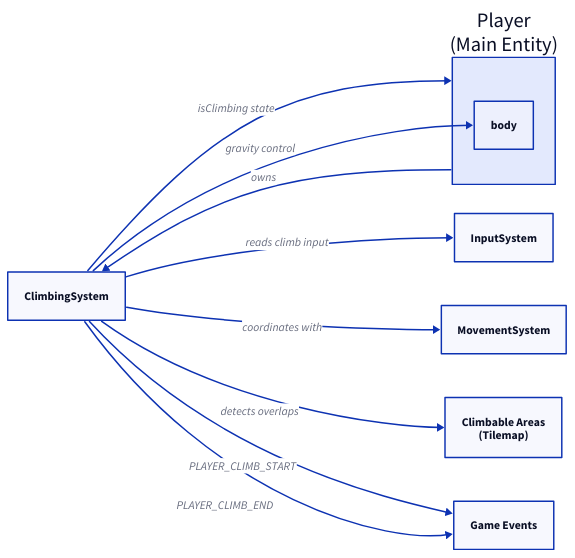
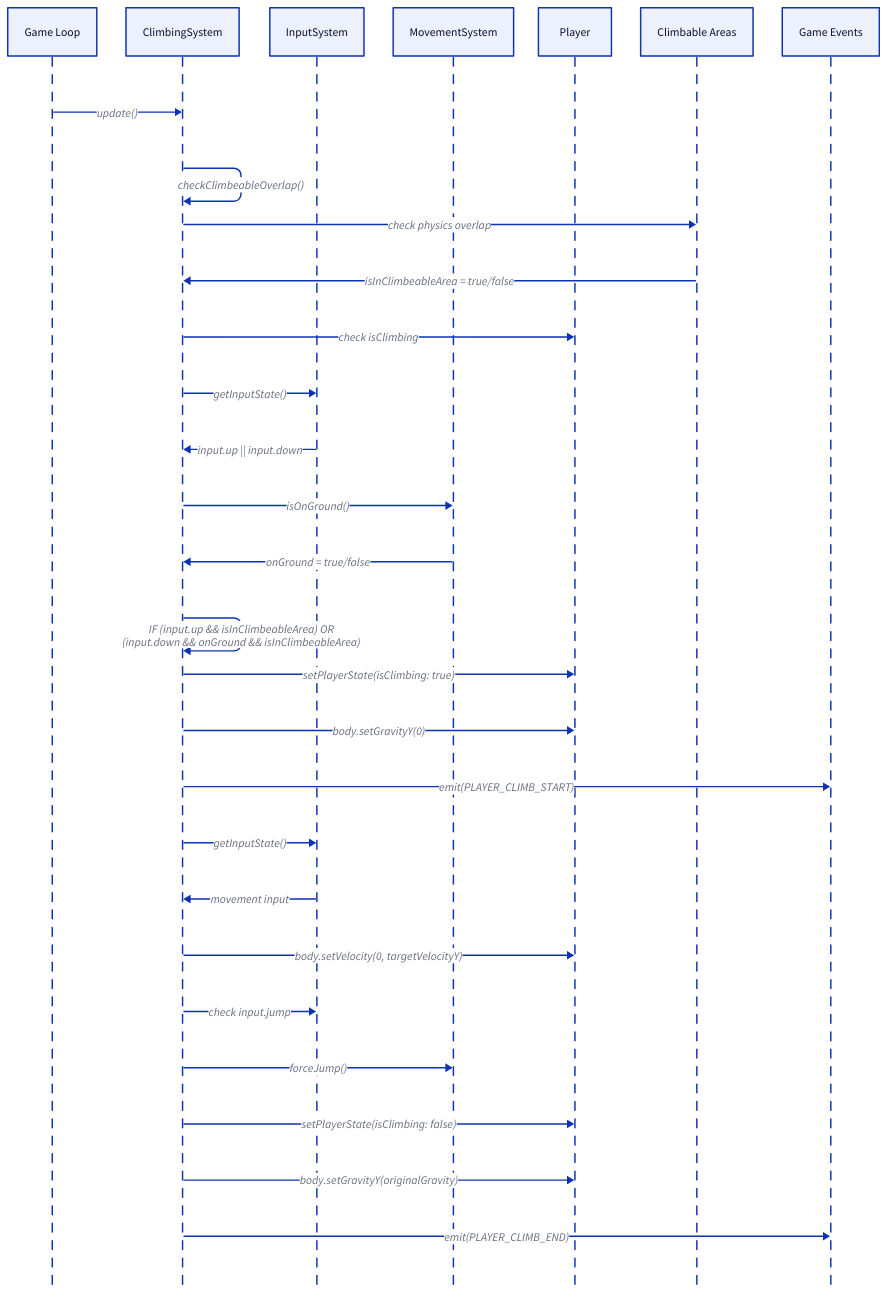
Before and after one commit to DevTK0/jump-story-mvp: the diagram in docs/content/docs/player/climbing.md, drawn with D2. The commit also changed other lines of this file and 3 other files, not shown here.

````diff
--- a/docs/content/docs/player/climbing.md
+++ b/docs/content/docs/player/climbing.md
@@ -5,41 +5,44 @@
 ```d2
-direction: right
 
-Player: {
-  label: "Player\n(Main Entity)"
-}
+shape: sequence_diagram
+GameLoop: "Game Loop"
+ClimbingSystem: "ClimbingSystem"
+InputSystem: "InputSystem"
+MovementSystem: "MovementSystem"
+Player: "Player"
+ClimbableGroup: "Climbable Areas"
+GameEvents: "Game Events"
 
-ClimbingSystem: {
-  label: "ClimbingSystem"
-}
+# Every Frame Flow
+GameLoop -> ClimbingSystem: update()
+ClimbingSystem -> ClimbingSystem: checkClimbeableOverlap()
+ClimbingSystem -> ClimbableGroup: check physics overlap
+ClimbableGroup -> ClimbingSystem: isInClimbeableArea = true/false
 
-InputSystem: {
-  label: "InputSystem"
-}
+# State Check
+ClimbingSystem -> Player: check isClimbing
 
-MovementSystem: {
-  label: "MovementSystem"
-}
+# NOT CLIMBING: Check for climbing start
+ClimbingSystem -> InputSystem: getInputState()
+InputSystem -> ClimbingSystem: input.up || input.down
+ClimbingSystem -> MovementSystem: isOnGround()
+MovementSystem -> ClimbingSystem: onGround = true/false
 
-ClimbableGroup: {
-  label: "Climbable Areas\n(Tilemap)"
-}
+# CONDITIONAL: Start climbing if conditions met
+ClimbingSystem -> ClimbingSystem: IF (input.up && isInClimbeableArea) OR\n(input.down && onGround && isInClimbeableArea)
+ClimbingSystem -> Player: setPlayerState(isClimbing: true)
+ClimbingSystem -> Player: body.setGravityY(0)
+ClimbingSystem -> GameEvents: emit(PLAYER_CLIMB_START)
 
-GameEvents: {
-  label: "Game Events"
-}
+# CLIMBING: Movement and exit handling
+ClimbingSystem -> InputSystem: getInputState()
+InputSystem -> ClimbingSystem: movement input
+ClimbingSystem -> Player: body.setVelocity(0, targetVelocityY)
 
-# Dependencies
-Player -> ClimbingSystem: owns
-ClimbingSystem -> InputSystem: reads climb input
-ClimbingSystem -> MovementSystem: coordinates with
-ClimbingSystem -> ClimbableGroup: detects overlaps
-
-# Event Communication
-ClimbingSystem -> GameEvents: PLAYER_CLIMB_START
-ClimbingSystem -> GameEvents: PLAYER_CLIMB_END
-
-# State Management
-ClimbingSystem -> Player: isClimbing state
-ClimbingSystem -> Player.body: gravity control
+# Exit via jump
+ClimbingSystem -> InputSystem: check input.jump
+ClimbingSystem -> MovementSystem: forceJump()
+ClimbingSystem -> Player: setPlayerState(isClimbing: false)
+ClimbingSystem -> Player: body.setGravityY(originalGravity)
+ClimbingSystem -> GameEvents: emit(PLAYER_CLIMB_END)
 ```
````
